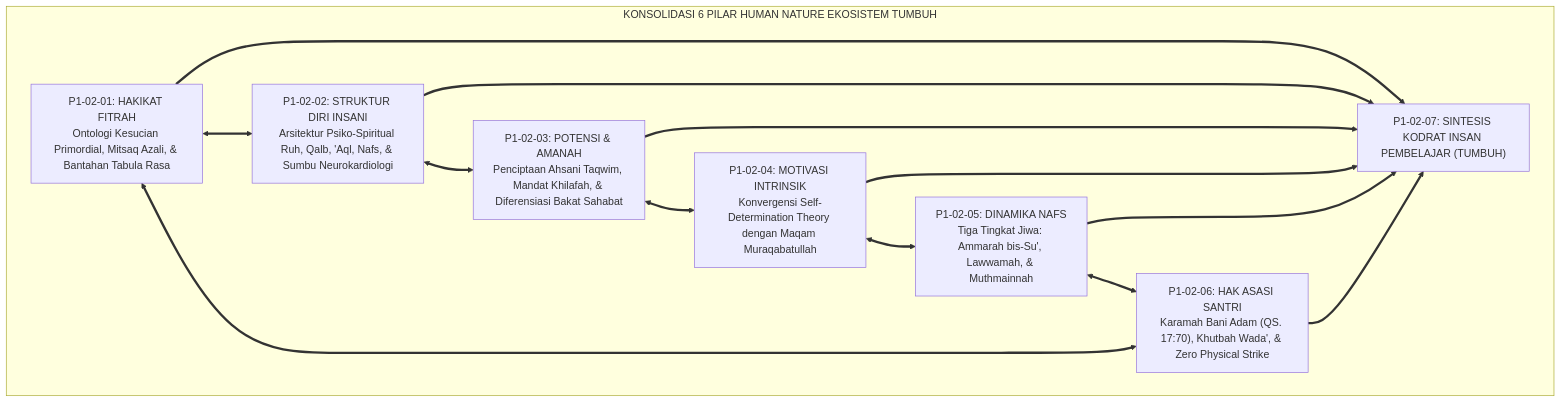
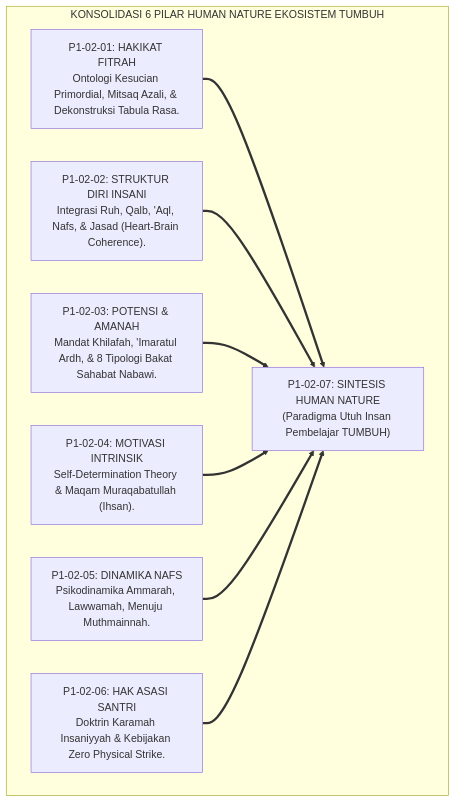
Before and after one commit to wandiapriliyandi/tumbuh: the first of 4 diagrams in 01 Philosophy/02 Human Nature/P1-02-07-Sintesis-Human-Nature.md, drawn with Mermaid. The commit also changed other lines of this file and 6 other files, not shown here.

Commit message:
docs(human-nature): reconstruct all 02 Human Nature monographs to pure academic standard

````diff
--- a/01 Philosophy/02 Human Nature/P1-02-07-Sintesis-Human-Nature.md
+++ b/01 Philosophy/02 Human Nature/P1-02-07-Sintesis-Human-Nature.md
@@ -57,20 +55,15 @@
 ```mermaid
 flowchart TD
     subgraph KonsolidasiEnamPilarHumanNature["KONSOLIDASI 6 PILAR HUMAN NATURE EKOSISTEM TUMBUH"]
-        P1["P1-02-01: HAKIKAT FITRAH<br/>Ontologi Kesucian Primordial, Mitsaq Azali, & Bantahan Tabula Rasa"]
-        P2["P1-02-02: STRUKTUR DIRI INSANI<br/>Arsitektur Psiko-Spiritual Ruh, Qalb, 'Aql, Nafs, & Sumbu Neurokardiologi"]
-        P3["P1-02-03: POTENSI & AMANAH<br/>Penciptaan Ahsani Taqwim, Mandat Khilafah, & Diferensiasi Bakat Sahabat"]
-        P4["P1-02-04: MOTIVASI INTRINSIK<br/>Konvergensi Self-Determination Theory dengan Maqam Muraqabatullah"]
-        P5["P1-02-05: DINAMIKA NAFS<br/>Tiga Tingkat Jiwa: Ammarah bis-Su', Lawwamah, & Muthmainnah"]
-        P6["P1-02-06: HAK ASASI SANTRI<br/>Karamah Bani Adam (QS. 17:70), Khutbah Wada', & Zero Physical Strike"]
+        P1["P1-02-01: HAKIKAT FITRAH<br/>Ontologi Kesucian Primordial, Mitsaq Azali, & Dekonstruksi Tabula Rasa."]
+        P2["P1-02-02: STRUKTUR DIRI INSANI<br/>Integrasi Ruh, Qalb, 'Aql, Nafs, & Jasad (Heart-Brain Coherence)."]
+        P3["P1-02-03: POTENSI & AMANAH<br/>Mandat Khilafah, 'Imaratul Ardh, & 8 Tipologi Bakat Sahabat Nabawi."]
+        P4["P1-02-04: MOTIVASI INTRINSIK<br/>Self-Determination Theory & Maqam Muraqabatullah (Ihsan)."]
+        P5["P1-02-05: DINAMIKA NAFS<br/>Psikodinamika Ammarah, Lawwamah, Menuju Muthmainnah."]
+        P6["P1-02-06: HAK ASASI SANTRI<br/>Doktrin Karamah Insaniyyah & Kebijakan Zero Physical Strike."]
         
-        P1 <==> P2
-        P2 <==> P3
-        P3 <==> P4
-        P4 <==> P5
-        P5 <==> P6
-        P6 <==> P1
+        SintesisInduk["P1-02-07: SINTESIS HUMAN NATURE<br/>(Paradigma Utuh Insan Pembelajar TUMBUH)"]
         
-        P1 & P2 & P3 & P4 & P5 & P6 ==> SINTESIS["P1-02-07: SINTESIS KODRAT INSAN PEMBELAJAR (TUMBUH)"]
+        P1 & P2 & P3 & P4 & P5 & P6 ==> SintesisInduk
     end
 ```
````
